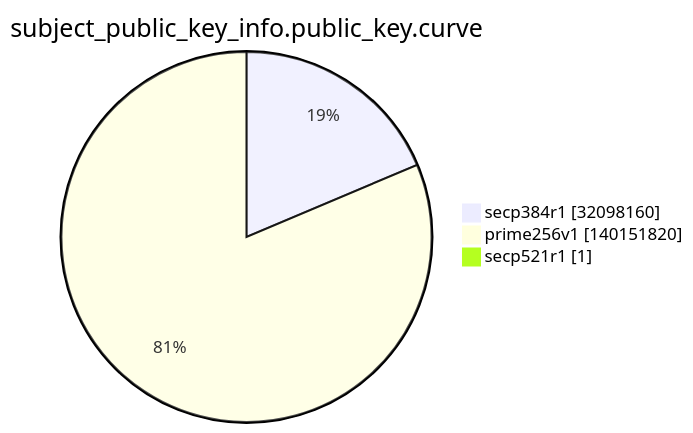
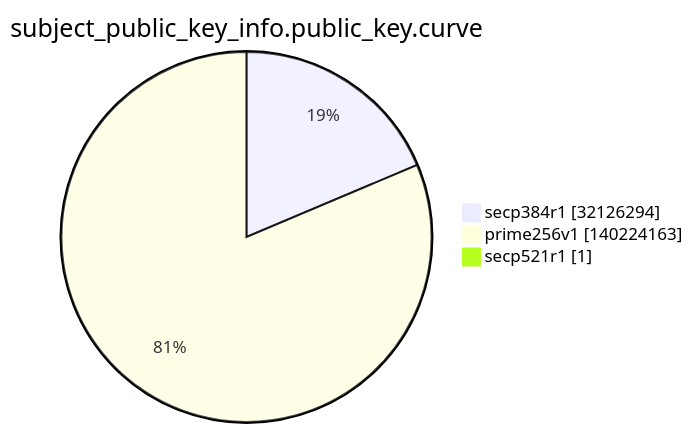
Before and after one commit to christiankrug/ctmonitor_visualization: the ninth of 15 diagrams in argon2022/README.md, drawn with Mermaid. The commit also changed other lines of this file, not shown here.

````diff
--- a/argon2022/README.md
+++ b/argon2022/README.md
@@ -2762,7 +2762,7 @@
 ```mermaid
 pie showData
 title subject_public_key_info.public_key.curve
-"secp384r1" :32098160
-"prime256v1" :140151820
+"secp384r1" :32126294
+"prime256v1" :140224163
 "secp521r1" :1
 ```
````
